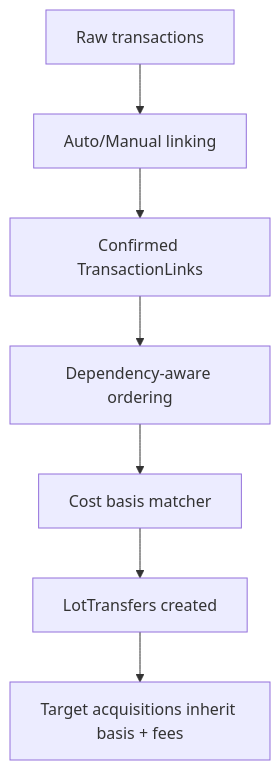
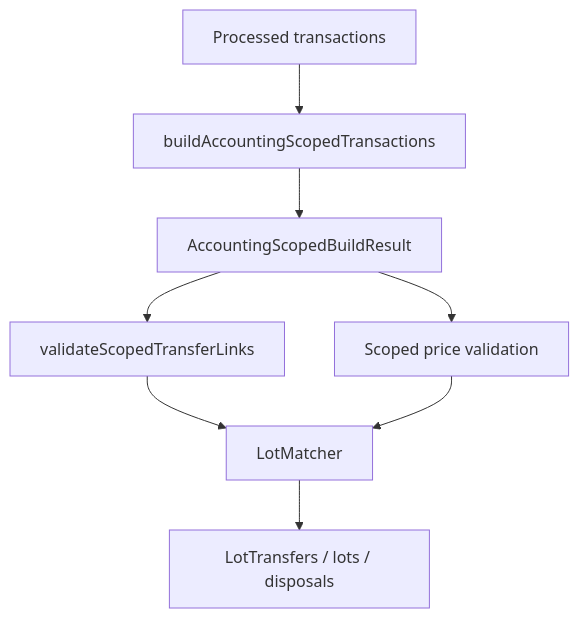
One commit to jbelanger/exitbook changed the diagram in docs/specs/transfers-and-tax.md. Above: the diagram before and after it, drawn with Mermaid. The commit also changed other lines of this file and 38 other files, not shown here.

First line of the commit message:
feat: Refactor lot transfer processing and validation

````diff
--- a/docs/specs/transfers-and-tax.md
+++ b/docs/specs/transfers-and-tax.md
@@ -164,9 +184,10 @@
 ```mermaid
 graph TD
-    A[Raw transactions] --> B[Auto/Manual linking]
-    B --> C[Confirmed TransactionLinks]
-    C --> D[Dependency-aware ordering]
-    D --> E[Cost basis matcher]
-    E --> F[LotTransfers created]
-    F --> G[Target acquisitions inherit basis + fees]
+    A["Processed transactions"] --> B["buildAccountingScopedTransactions"]
+    B --> C["AccountingScopedBuildResult"]
+    C --> D["validateScopedTransferLinks"]
+    C --> E["Scoped price validation"]
+    D --> F["LotMatcher"]
+    E --> F
+    F --> G["LotTransfers / lots / disposals"]
 ```
````
